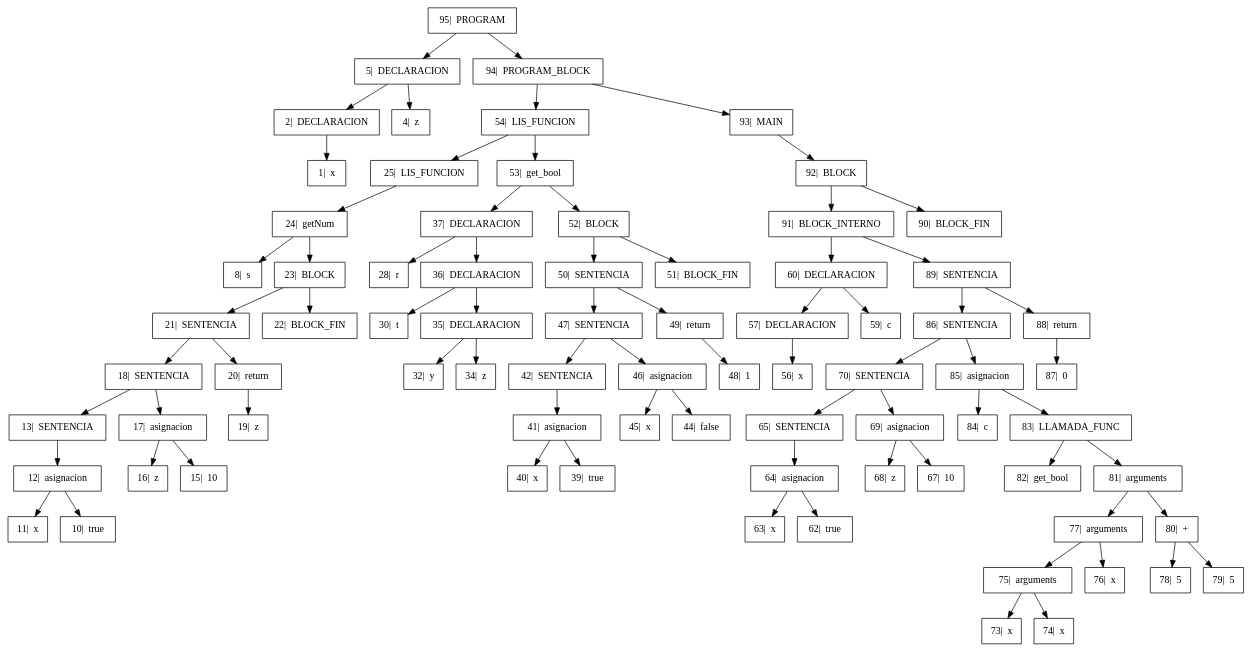
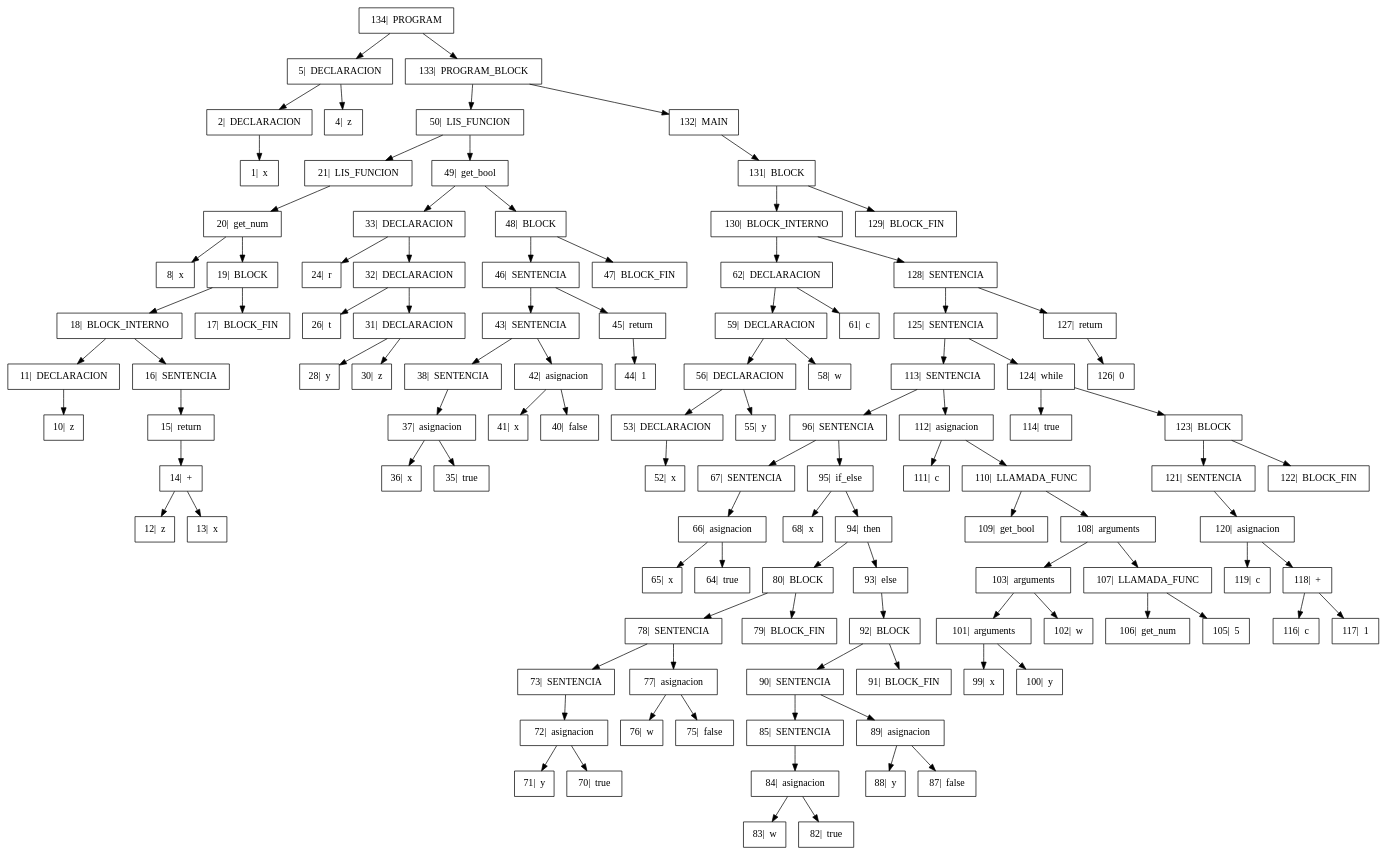
The diagram in Proyecto/output/Arbol.dot (GiovA07/PRE-PROYECTO-COMPILADORES), drawn with Graphviz before and after one commit. The commit also changed 22 other files, not shown here.

```diff
--- a/Proyecto/output/Arbol.dot
+++ b/Proyecto/output/Arbol.dot
@@ -1,49 +1,68 @@
 digraph{
 
 rankdir=TB;
 
 node[shape=box];
-"95|  PROGRAM" -> "5|  DECLARACION", "94|  PROGRAM_BLOCK";
+"134|  PROGRAM" -> "5|  DECLARACION", "133|  PROGRAM_BLOCK";
 "5|  DECLARACION" -> "2|  DECLARACION", "4|  z";
 "2|  DECLARACION" -> "1|  x" ;
-"94|  PROGRAM_BLOCK" -> "54|  LIS_FUNCION", "93|  MAIN";
-"54|  LIS_FUNCION" -> "25|  LIS_FUNCION", "53|  get_bool";
-"25|  LIS_FUNCION" -> "24|  getNum" ;
-"24|  getNum" -> "8|  s", "23|  BLOCK";
-"23|  BLOCK" -> "21|  SENTENCIA", "22|  BLOCK_FIN";
-"21|  SENTENCIA" -> "18|  SENTENCIA", "20|  return";
-"18|  SENTENCIA" -> "13|  SENTENCIA", "17|  asignacion";
-"13|  SENTENCIA" -> "12|  asignacion" ;
-"12|  asignacion" -> "11|  x", "10|  true";
-"17|  asignacion" -> "16|  z", "15|  10";
-"20|  return" -> "19|  z" ;
-"53|  get_bool" -> "37|  DECLARACION", "52|  BLOCK";
-"37|  DECLARACION" -> "28|  r", "36|  DECLARACION";
-"36|  DECLARACION" -> "30|  t", "35|  DECLARACION";
-"35|  DECLARACION" -> "32|  y", "34|  z";
-"52|  BLOCK" -> "50|  SENTENCIA", "51|  BLOCK_FIN";
-"50|  SENTENCIA" -> "47|  SENTENCIA", "49|  return";
-"47|  SENTENCIA" -> "42|  SENTENCIA", "46|  asignacion";
-"42|  SENTENCIA" -> "41|  asignacion" ;
-"41|  asignacion" -> "40|  x", "39|  true";
-"46|  asignacion" -> "45|  x", "44|  false";
-"49|  return" -> "48|  1" ;
-"93|  MAIN" -> "92|  BLOCK" ;
-"92|  BLOCK" -> "91|  BLOCK_INTERNO", "90|  BLOCK_FIN";
-"91|  BLOCK_INTERNO" -> "60|  DECLARACION", "89|  SENTENCIA";
-"60|  DECLARACION" -> "57|  DECLARACION", "59|  c";
-"57|  DECLARACION" -> "56|  x" ;
-"89|  SENTENCIA" -> "86|  SENTENCIA", "88|  return";
-"86|  SENTENCIA" -> "70|  SENTENCIA", "85|  asignacion";
-"70|  SENTENCIA" -> "65|  SENTENCIA", "69|  asignacion";
-"65|  SENTENCIA" -> "64|  asignacion" ;
-"64|  asignacion" -> "63|  x", "62|  true";
-"69|  asignacion" -> "68|  z", "67|  10";
-"85|  asignacion" -> "84|  c", "83|  LLAMADA_FUNC";
-"83|  LLAMADA_FUNC" -> "82|  get_bool", "81|  arguments";
-"81|  arguments" -> "77|  arguments", "80|  +";
-"77|  arguments" -> "75|  arguments", "76|  x";
-"75|  arguments" -> "73|  x", "74|  x";
-"80|  +" -> "78|  5", "79|  5";
-"88|  return" -> "87|  0" ;
+"133|  PROGRAM_BLOCK" -> "50|  LIS_FUNCION", "132|  MAIN";
+"50|  LIS_FUNCION" -> "21|  LIS_FUNCION", "49|  get_bool";
+"21|  LIS_FUNCION" -> "20|  get_num" ;
+"20|  get_num" -> "8|  x", "19|  BLOCK";
+"19|  BLOCK" -> "18|  BLOCK_INTERNO", "17|  BLOCK_FIN";
+"18|  BLOCK_INTERNO" -> "11|  DECLARACION", "16|  SENTENCIA";
+"11|  DECLARACION" -> "10|  z" ;
+"16|  SENTENCIA" -> "15|  return" ;
+"15|  return" -> "14|  +" ;
+"14|  +" -> "12|  z", "13|  x";
+"49|  get_bool" -> "33|  DECLARACION", "48|  BLOCK";
+"33|  DECLARACION" -> "24|  r", "32|  DECLARACION";
+"32|  DECLARACION" -> "26|  t", "31|  DECLARACION";
+"31|  DECLARACION" -> "28|  y", "30|  z";
+"48|  BLOCK" -> "46|  SENTENCIA", "47|  BLOCK_FIN";
+"46|  SENTENCIA" -> "43|  SENTENCIA", "45|  return";
+"43|  SENTENCIA" -> "38|  SENTENCIA", "42|  asignacion";
+"38|  SENTENCIA" -> "37|  asignacion" ;
+"37|  asignacion" -> "36|  x", "35|  true";
+"42|  asignacion" -> "41|  x", "40|  false";
+"45|  return" -> "44|  1" ;
+"132|  MAIN" -> "131|  BLOCK" ;
+"131|  BLOCK" -> "130|  BLOCK_INTERNO", "129|  BLOCK_FIN";
+"130|  BLOCK_INTERNO" -> "62|  DECLARACION", "128|  SENTENCIA";
+"62|  DECLARACION" -> "59|  DECLARACION", "61|  c";
+"59|  DECLARACION" -> "56|  DECLARACION", "58|  w";
+"56|  DECLARACION" -> "53|  DECLARACION", "55|  y";
+"53|  DECLARACION" -> "52|  x" ;
+"128|  SENTENCIA" -> "125|  SENTENCIA", "127|  return";
+"125|  SENTENCIA" -> "113|  SENTENCIA", "124|  while";
+"113|  SENTENCIA" -> "96|  SENTENCIA", "112|  asignacion";
+"96|  SENTENCIA" -> "67|  SENTENCIA", "95|  if_else";
+"67|  SENTENCIA" -> "66|  asignacion" ;
+"66|  asignacion" -> "65|  x", "64|  true";
+"95|  if_else" -> "68|  x", "94|  then";
+"94|  then" -> "80|  BLOCK", "93|  else";
+"80|  BLOCK" -> "78|  SENTENCIA", "79|  BLOCK_FIN";
+"78|  SENTENCIA" -> "73|  SENTENCIA", "77|  asignacion";
+"73|  SENTENCIA" -> "72|  asignacion" ;
+"72|  asignacion" -> "71|  y", "70|  true";
+"77|  asignacion" -> "76|  w", "75|  false";
+"93|  else" -> "92|  BLOCK" ;
+"92|  BLOCK" -> "90|  SENTENCIA", "91|  BLOCK_FIN";
+"90|  SENTENCIA" -> "85|  SENTENCIA", "89|  asignacion";
+"85|  SENTENCIA" -> "84|  asignacion" ;
+"84|  asignacion" -> "83|  w", "82|  true";
+"89|  asignacion" -> "88|  y", "87|  false";
+"112|  asignacion" -> "111|  c", "110|  LLAMADA_FUNC";
+"110|  LLAMADA_FUNC" -> "109|  get_bool", "108|  arguments";
+"108|  arguments" -> "103|  arguments", "107|  LLAMADA_FUNC";
+"103|  arguments" -> "101|  arguments", "102|  w";
+"101|  arguments" -> "99|  x", "100|  y";
+"107|  LLAMADA_FUNC" -> "106|  get_num", "105|  5";
+"124|  while" -> "114|  true", "123|  BLOCK";
+"123|  BLOCK" -> "121|  SENTENCIA", "122|  BLOCK_FIN";
+"121|  SENTENCIA" -> "120|  asignacion" ;
+"120|  asignacion" -> "119|  c", "118|  +";
+"118|  +" -> "116|  c", "117|  1";
+"127|  return" -> "126|  0" ;
 }
```
